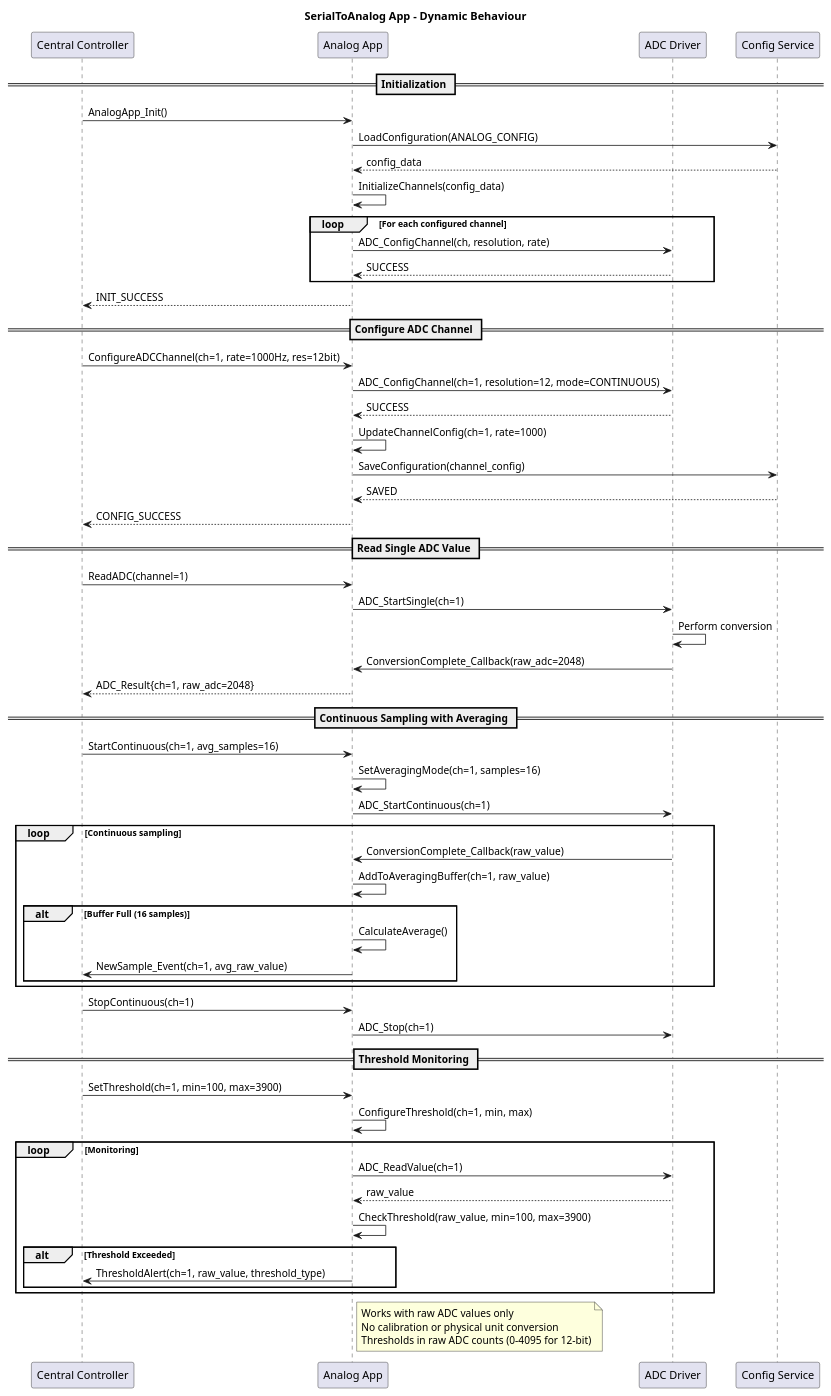
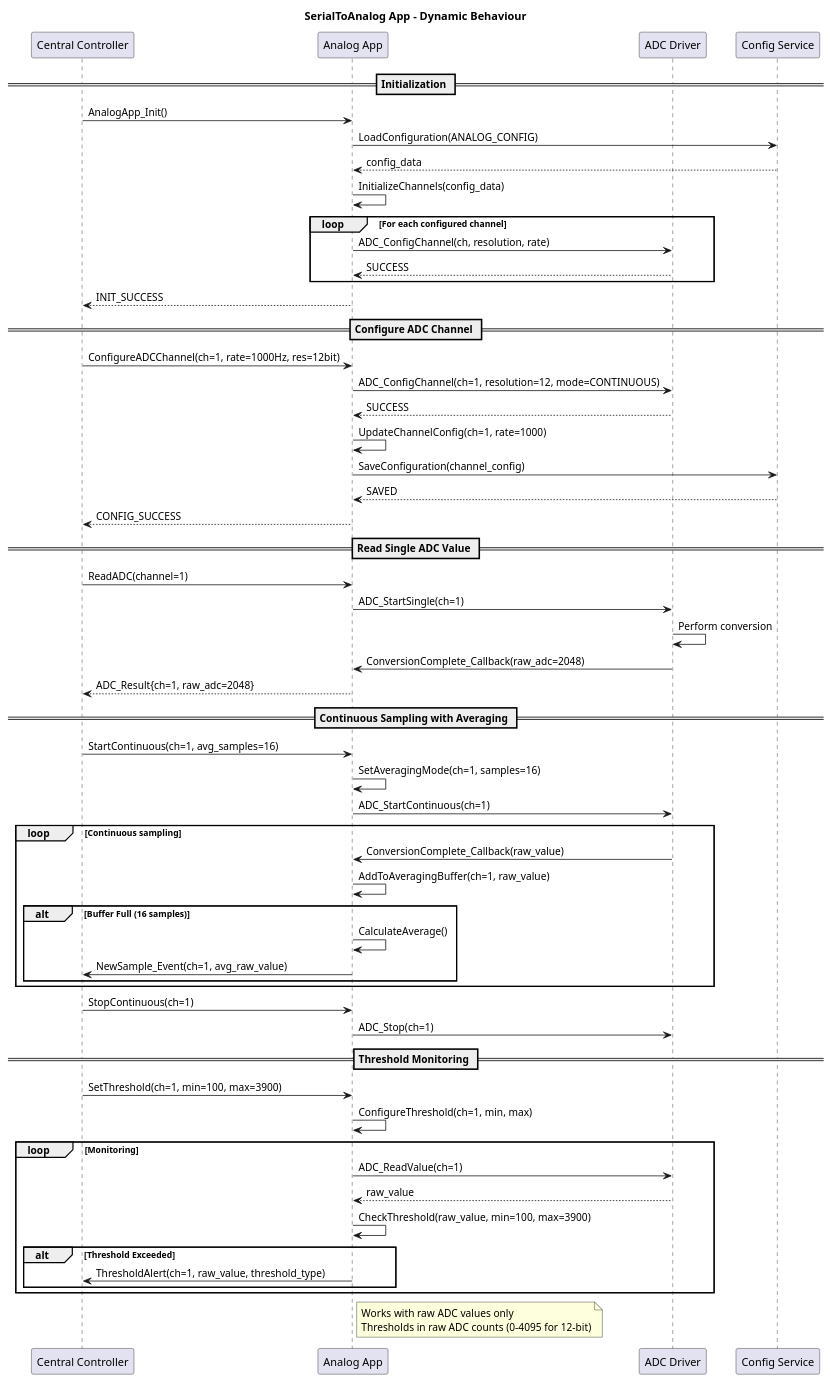
The diagram in 2_architecture/fucntionView/layer3Application/serialToAnalogApp/dynamicBehaviour.puml (LinhTrucVo/Bico_Protocol_Bridge), drawn with PlantUML before and after one commit. The commit also changed 24 other files, not shown here.

```diff
--- a/2_architecture/fucntionView/layer3Application/serialToAnalogApp/dynamicBehaviour.puml
+++ b/2_architecture/fucntionView/layer3Application/serialToAnalogApp/dynamicBehaviour.puml
@@ -1,74 +1,73 @@
 @startuml
 title SerialToAnalog App - Dynamic Behaviour
 
 participant "Central Controller" as CC
 participant "Analog App" as AA
 participant "ADC Driver" as ADC
 participant "Config Service" as CFG
 
 == Initialization ==
 CC -> AA : AnalogApp_Init()
 AA -> CFG : LoadConfiguration(ANALOG_CONFIG)
 CFG --> AA : config_data
 AA -> AA : InitializeChannels(config_data)
 loop For each configured channel
     AA -> ADC : ADC_ConfigChannel(ch, resolution, rate)
     ADC --> AA : SUCCESS
 end
 AA --> CC : INIT_SUCCESS
 
 == Configure ADC Channel ==
 CC -> AA : ConfigureADCChannel(ch=1, rate=1000Hz, res=12bit)
 AA -> ADC : ADC_ConfigChannel(ch=1, resolution=12, mode=CONTINUOUS)
 ADC --> AA : SUCCESS
 AA -> AA : UpdateChannelConfig(ch=1, rate=1000)
 AA -> CFG : SaveConfiguration(channel_config)
 CFG --> AA : SAVED
 AA --> CC : CONFIG_SUCCESS
 
 == Read Single ADC Value ==
 CC -> AA : ReadADC(channel=1)
 AA -> ADC : ADC_StartSingle(ch=1)
 ADC -> ADC : Perform conversion
 ADC -> AA : ConversionComplete_Callback(raw_adc=2048)
 AA --> CC : ADC_Result{ch=1, raw_adc=2048}
 
 == Continuous Sampling with Averaging ==
 CC -> AA : StartContinuous(ch=1, avg_samples=16)
 AA -> AA : SetAveragingMode(ch=1, samples=16)
 AA -> ADC : ADC_StartContinuous(ch=1)
 
 loop Continuous sampling
     ADC -> AA : ConversionComplete_Callback(raw_value)
     AA -> AA : AddToAveragingBuffer(ch=1, raw_value)
     
     alt Buffer Full (16 samples)
         AA -> AA : CalculateAverage()
         AA -> CC : NewSample_Event(ch=1, avg_raw_value)
     end
 end
 
 CC -> AA : StopContinuous(ch=1)
 AA -> ADC : ADC_Stop(ch=1)
 
 == Threshold Monitoring ==
 CC -> AA : SetThreshold(ch=1, min=100, max=3900)
 AA -> AA : ConfigureThreshold(ch=1, min, max)
 
 loop Monitoring
     AA -> ADC : ADC_ReadValue(ch=1)
     ADC --> AA : raw_value
     AA -> AA : CheckThreshold(raw_value, min=100, max=3900)
     
     alt Threshold Exceeded
         AA -> CC : ThresholdAlert(ch=1, raw_value, threshold_type)
     end
 end
 
 note right of AA
   Works with raw ADC values only
-  No calibration or physical unit conversion
   Thresholds in raw ADC counts (0-4095 for 12-bit)
 end note
 
 @enduml
```
